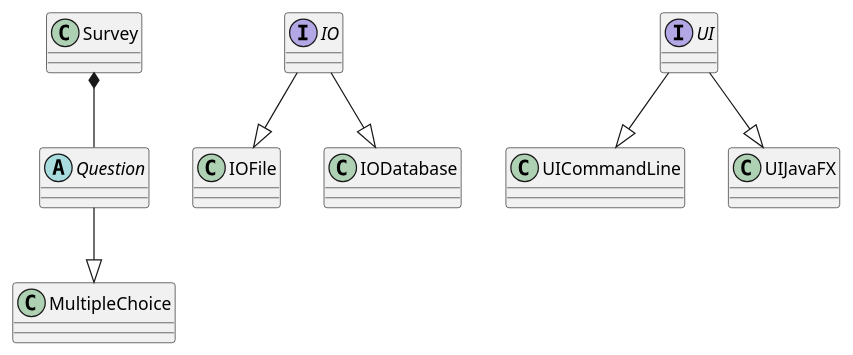
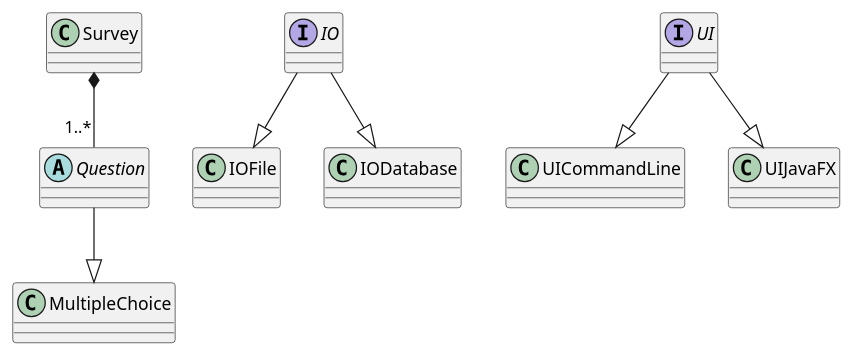
Before and after one commit to DeRp-DaWg/SP4: the diagram in doc/Domain Model.puml, drawn with PlantUML.

Commit message:
Documentation

```diff
--- a/doc/Domain Model.puml
+++ b/doc/Domain Model.puml
@@ -1,42 +1,42 @@
 @startuml
 'https://plantuml.com/class-diagram
 
 abstract class Question {
 }
 
 class MultipleChoice {
 }
 
 'class CheckboxChoice {'
 '}'
 
 Question --|> MultipleChoice
 'Question --|> CheckboxChoice'
 
 class Survey {
 }
 
-Survey *-- Question
+Survey *--"1..*" Question
 
 interface IO {
 }
 
 class IOFile {
 }
 
 class IODatabase {
 }
 
 IO --|> IOFile
 IO --|> IODatabase
 
 interface UI {
 }
 
 class UICommandLine {
 }
 
 UI --|> UICommandLine
 UI --|> UIJavaFX
 
 @enduml
```
